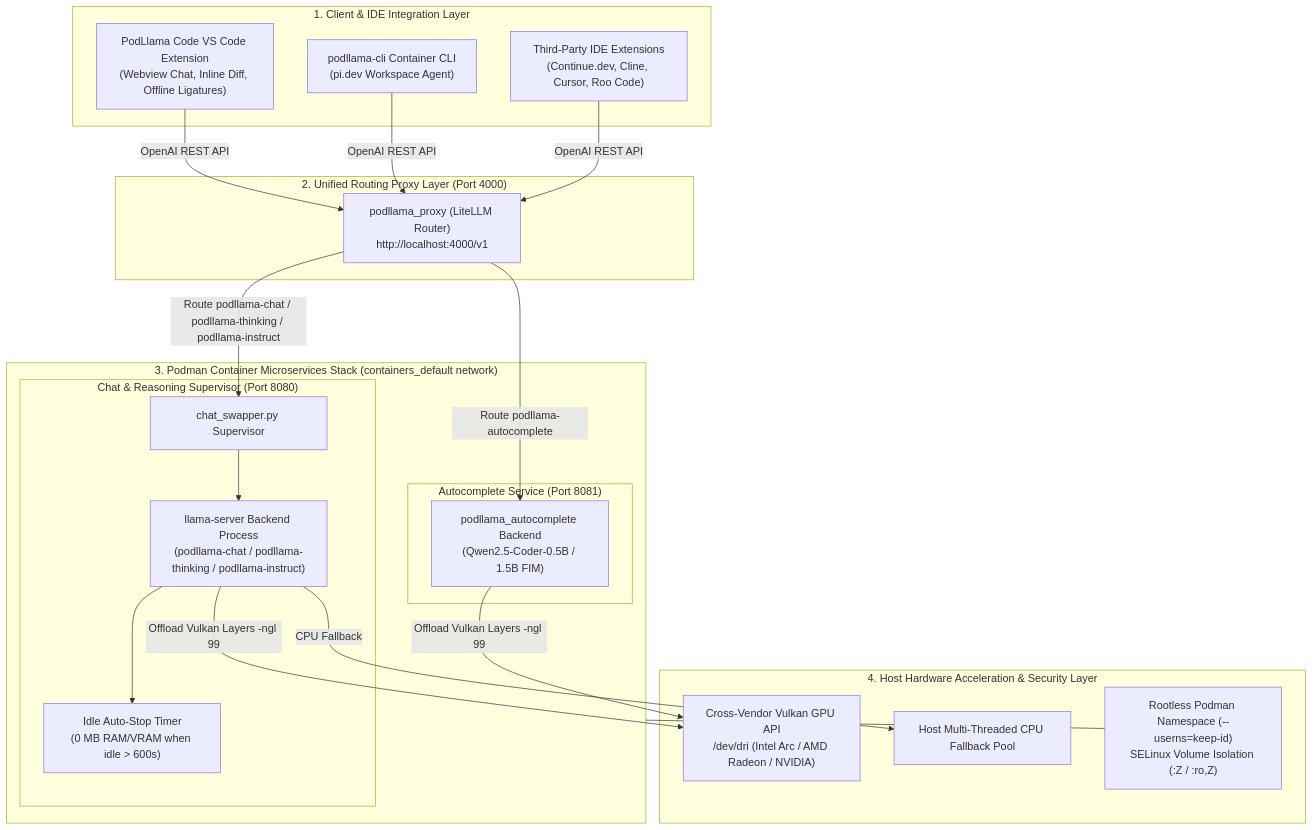
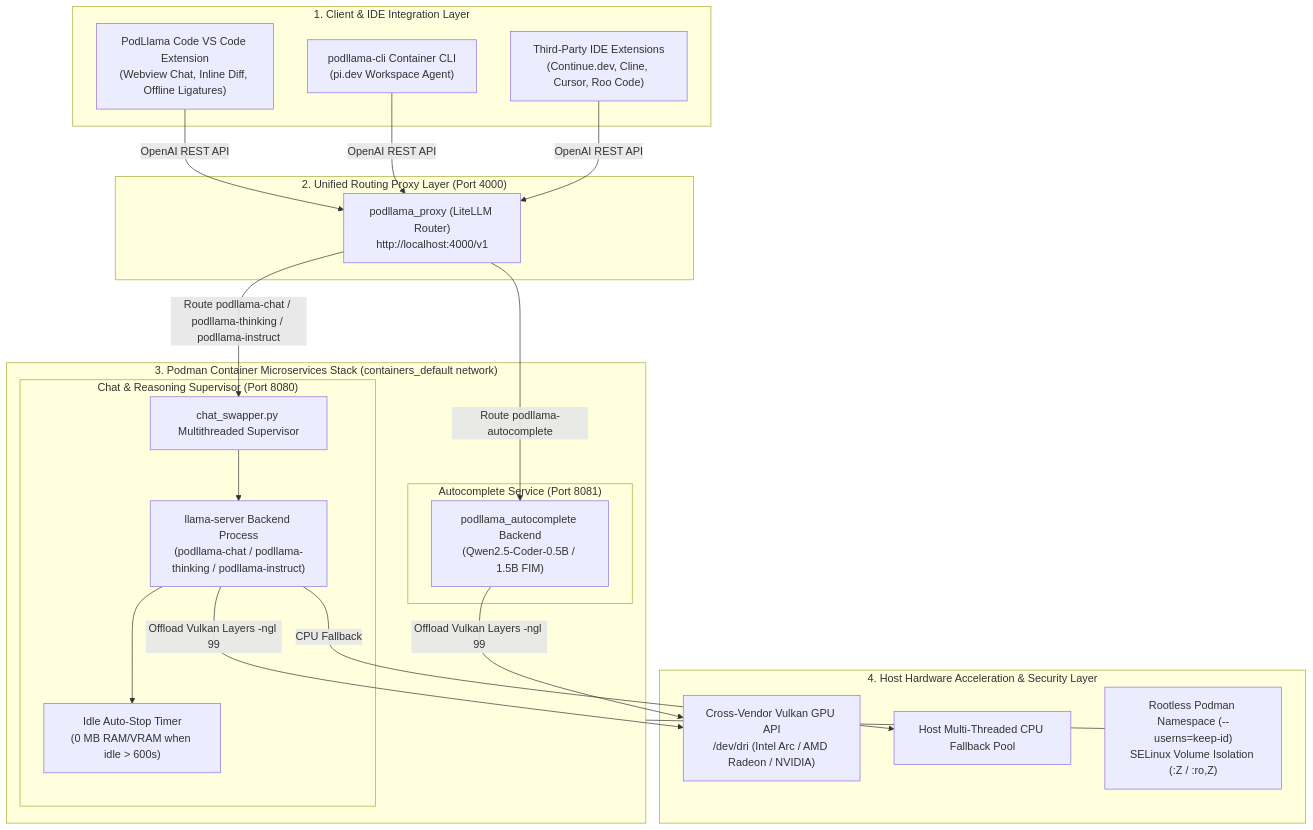
Before and after one commit to archanpaul/podllama: the first of 4 diagrams in docs/design.md, drawn with Mermaid. The commit also changed 4 other files, not shown here.

Commit message:
docs: update README and docs with multithreaded swapper and API TEST 9 details

````diff
--- a/docs/design.md
+++ b/docs/design.md
@@ -16,46 +16,46 @@
 ```mermaid
 flowchart TB
     subgraph IDE_CLIENT_LAYER["1. Client & IDE Integration Layer"]
         VSCodeExt["PodLlama Code VS Code Extension\n(Webview Chat, Inline Diff, Offline Ligatures)"]
         PodLlamaCLI["podllama-cli Container CLI\n(pi.dev Workspace Agent)"]
         ExternalIDE["Third-Party IDE Extensions\n(Continue.dev, Cline, Cursor, Roo Code)"]
     end
 
     subgraph PROXY_LAYER["2. Unified Routing Proxy Layer (Port 4000)"]
         LiteLLMProxy["podllama_proxy (LiteLLM Router)\nhttp://localhost:4000/v1"]
     end
 
     subgraph BACKEND_STACK["3. Podman Container Microservices Stack (containers_default network)"]
         subgraph CHAT_SUPERVISOR["Chat & Reasoning Supervisor (Port 8080)"]
-            Swapper["chat_swapper.py Supervisor"]
+            Swapper["chat_swapper.py Multithreaded Supervisor"]
             LlamaChat["llama-server Backend Process\n(podllama-chat / podllama-thinking / podllama-instruct)"]
             IdleTimer["Idle Auto-Stop Timer\n(0 MB RAM/VRAM when idle > 600s)"]
             Swapper --> LlamaChat
             LlamaChat --> IdleTimer
         end
 
         subgraph AUTOCOMPLETE_SERVICE["Autocomplete Service (Port 8081)"]
             LlamaAuto["podllama_autocomplete Backend\n(Qwen2.5-Coder-0.5B / 1.5B FIM)"]
         end
     end
 
     subgraph HARDWARE_SECURITY_LAYER["4. Host Hardware Acceleration & Security Layer"]
         VulkanGPU["Cross-Vendor Vulkan GPU API\n/dev/dri (Intel Arc / AMD Radeon / NVIDIA)"]
         CPUPool["Host Multi-Threaded CPU Fallback Pool"]
         RootlessSELinux["Rootless Podman Namespace (--userns=keep-id)\nSELinux Volume Isolation (:Z / :ro,Z)"]
     end
 
     %% Flow Connections
     VSCodeExt -->|OpenAI REST API| LiteLLMProxy
     PodLlamaCLI -->|OpenAI REST API| LiteLLMProxy
     ExternalIDE -->|OpenAI REST API| LiteLLMProxy
 
     LiteLLMProxy -->|Route podllama-chat / podllama-thinking / podllama-instruct| Swapper
     LiteLLMProxy -->|Route podllama-autocomplete| LlamaAuto
 
     LlamaChat -->|Offload Vulkan Layers -ngl 99| VulkanGPU
     LlamaChat -->|CPU Fallback| CPUPool
     LlamaAuto -->|Offload Vulkan Layers -ngl 99| VulkanGPU
 
     BACKEND_STACK --- RootlessSELinux
 ```
````
